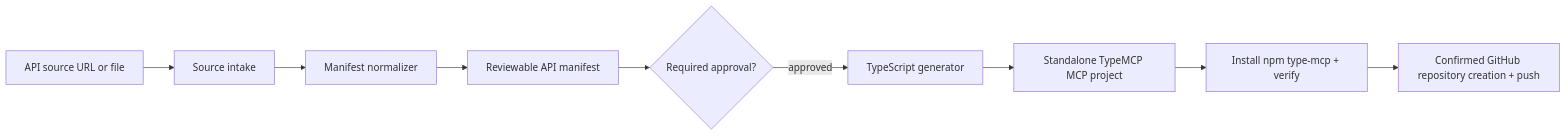
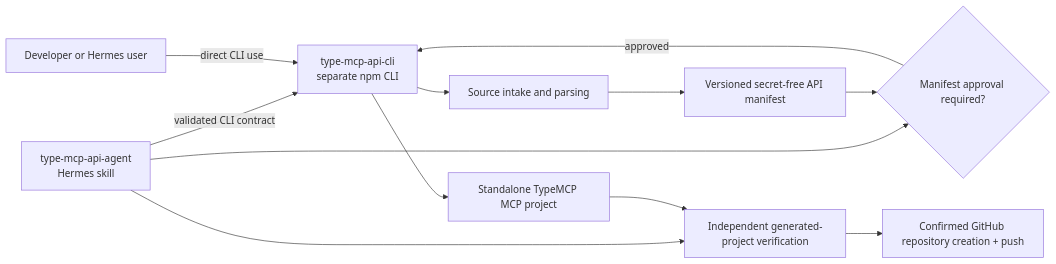
Before and after one commit to Theorvane/type-mcp-api-agent-skill: the diagram in docs/architecture/overview.md, drawn with Mermaid. The commit also changed other lines of this file and 14 other files, not shown here.

Commit message:
docs: separate skill orchestration from CLI

````diff
--- a/docs/architecture/overview.md
+++ b/docs/architecture/overview.md
@@ -7,11 +7,15 @@
 ```mermaid
 flowchart LR
-  Source[API source URL or file] --> Intake[Source intake]
-  Intake --> Normalizer[Manifest normalizer]
-  Normalizer --> Manifest[Reviewable API manifest]
-  Manifest --> Approval{Required approval?}
-  Approval -- approved --> Generator[TypeScript generator]
-  Generator --> Output[Standalone TypeMCP MCP project]
-  Output --> Verify[Install npm type-mcp + verify]
+  User[Developer or Hermes user]
+  Skill[type-mcp-api-agent\nHermes skill] -->|validated CLI contract| CLI[type-mcp-api-cli\nseparate npm CLI]
+  User -->|direct CLI use| CLI
+  CLI --> Intake[Source intake and parsing]
+  Intake --> Manifest[Versioned secret-free API manifest]
+  Skill --> Approval{Manifest approval required?}
+  Manifest --> Approval
+  Approval -->|approved| CLI
+  CLI --> Output[Standalone TypeMCP MCP project]
+  Skill --> Verify[Independent generated-project verification]
+  Output --> Verify
   Verify --> Publish[Confirmed GitHub repository creation + push]
 ```
````
